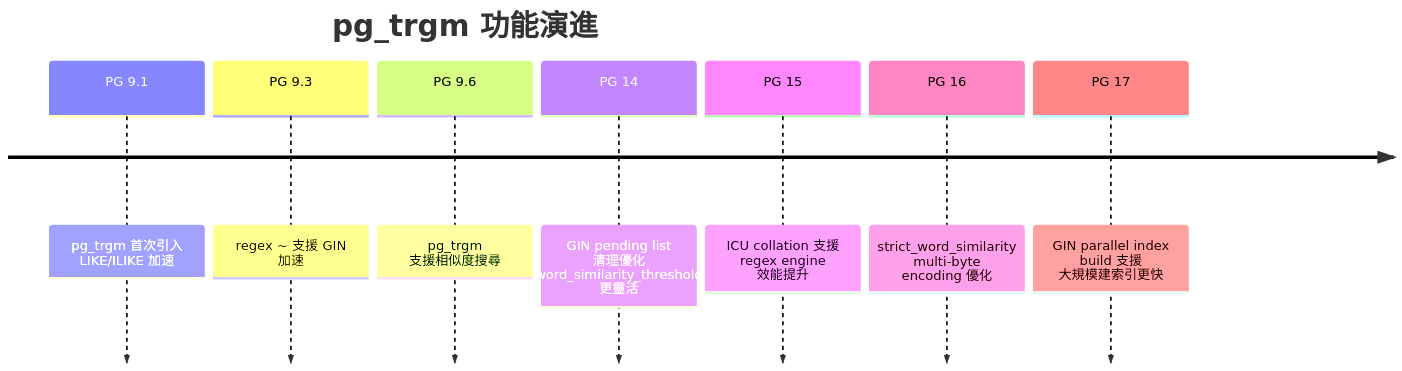
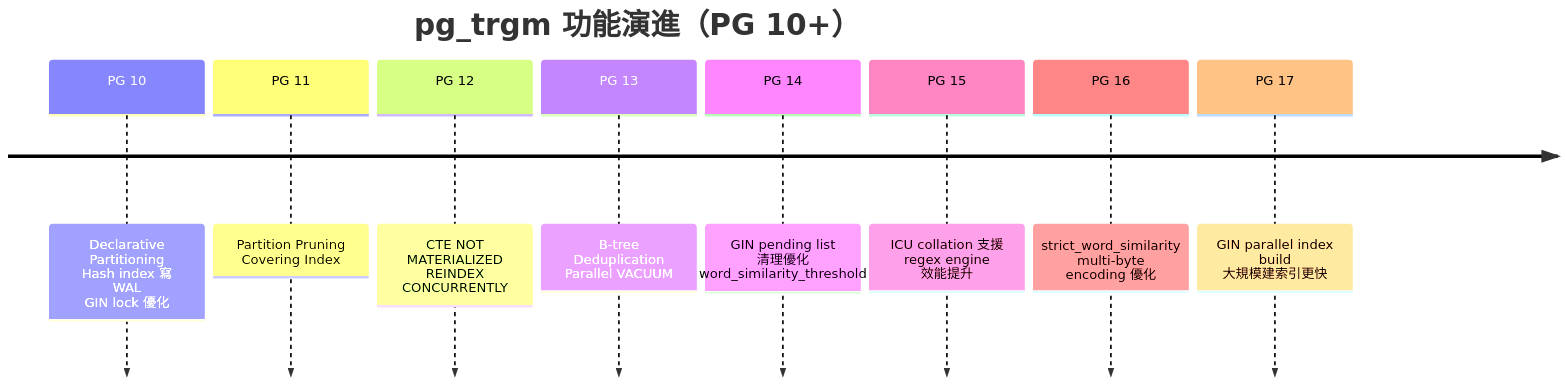
One commit to henry-tpwong/postgresql_note changed diagram 30 of 40 in others/PostgreSQL_Others.md. Above: the diagram before and after it, drawn with Mermaid. The commit also changed other lines of this file, not shown here.

````diff
--- a/others/PostgreSQL_Others.md
+++ b/others/PostgreSQL_Others.md
@@ -2512,11 +3379,12 @@
 ```mermaid
 timeline
-    title pg_trgm 功能演進
-    PG 9.1 : pg_trgm 首次引入<br>LIKE/ILIKE 加速
-    PG 9.3 : regex ~ 支援 GIN 加速
-    PG 9.6 : pg_trgm 支援相似度搜尋
-    PG 14 : GIN pending list 清理優化<br>word_similarity_threshold 更靈活
+    title pg_trgm 功能演進（PG 10+）
+    PG 10 : Declarative Partitioning<br>Hash index 寫 WAL<br>GIN lock 優化
+    PG 11 : Partition Pruning<br>Covering Index
+    PG 12 : CTE NOT MATERIALIZED<br>REINDEX CONCURRENTLY
+    PG 13 : B-tree Deduplication<br>Parallel VACUUM
+    PG 14 : GIN pending list 清理優化<br>word_similarity_threshold
     PG 15 : ICU collation 支援<br>regex engine 效能提升
     PG 16 : strict_word_similarity<br>multi-byte encoding 優化
-    PG 17 : GIN parallel index build 支援<br>大規模建索引更快
+    PG 17 : GIN parallel index build<br>大規模建索引更快
 ```
````
